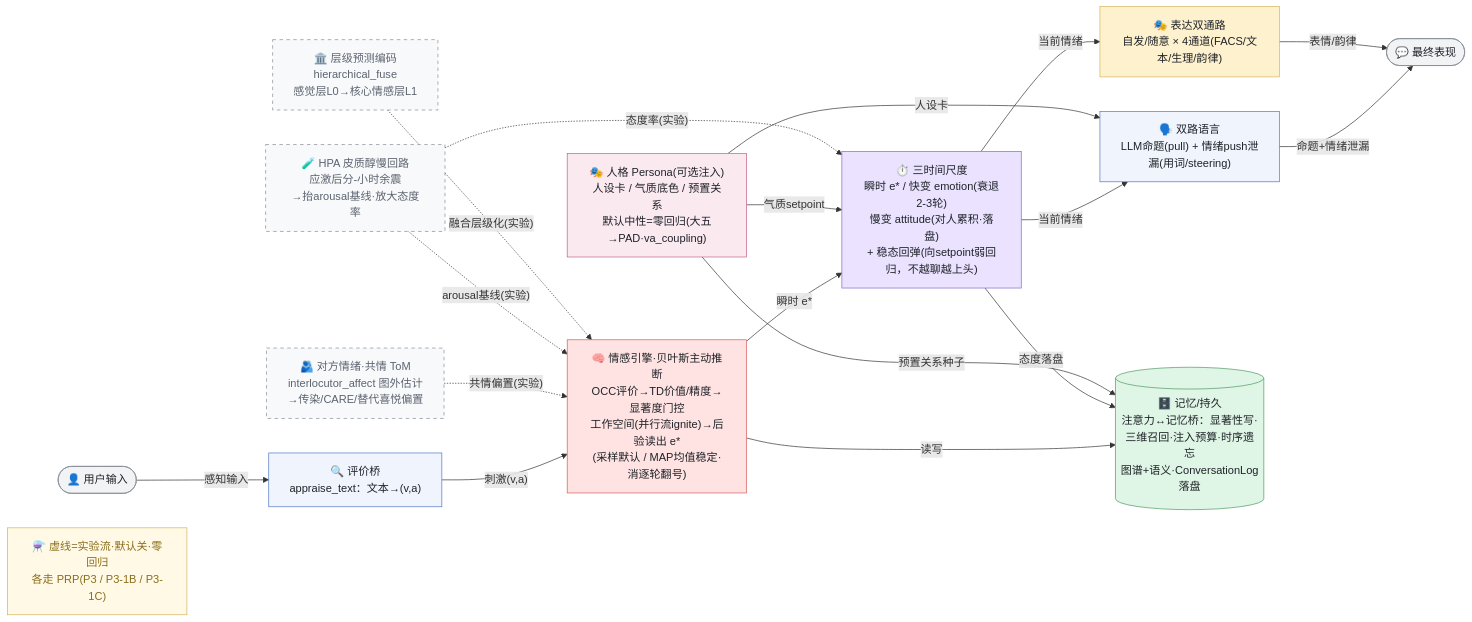
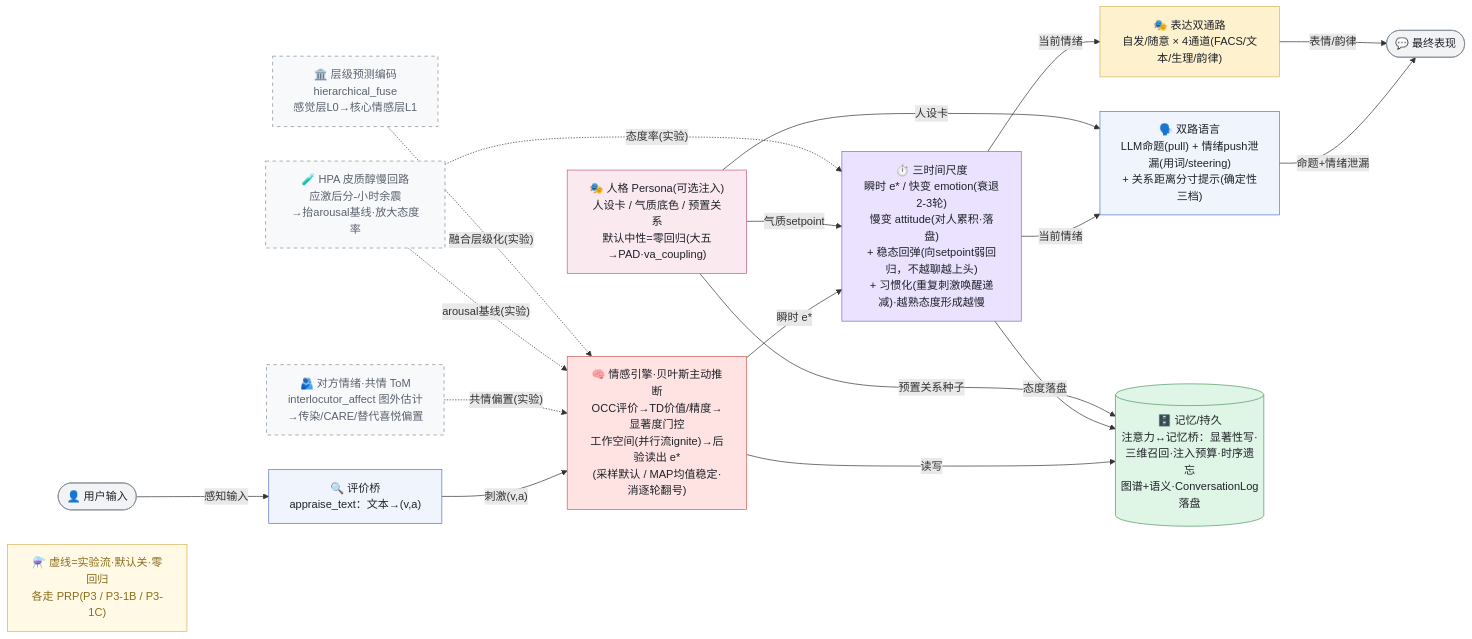
The diagram in docs/v2/framework-current.mmd (WizardHeHeJun/Zero), drawn with Mermaid before and after one commit. The commit also changed 18 other files, not shown here.

First line of the commit message:
docs(readme+figures): 对外文档全面同步——README 深核 + .env.example 回归注释态 + 架构图集 4→8 张

```diff
--- a/docs/v2/framework-current.mmd
+++ b/docs/v2/framework-current.mmd
@@ -1,44 +1,44 @@
 flowchart LR
   user(["👤 用户输入"]):::terminal
   appraise["🔍 评价桥<br/>appraise_text：文本→(v,a)"]:::appraise
   engine["🧠 情感引擎·贝叶斯主动推断<br/>OCC评价→TD价值/精度→显著度门控<br/>工作空间(并行流ignite)→后验读出 e*<br/>(采样默认 / MAP均值稳定·消逐轮翻号)"]:::engine
-  timescales["⏱️ 三时间尺度<br/>瞬时 e* / 快变 emotion(衰退2-3轮)<br/>慢变 attitude(对人累积·落盘)<br/>+ 稳态回弹(向setpoint弱回归，不越聊越上头)"]:::timescale
-  language["🗣️ 双路语言<br/>LLM命题(pull) + 情绪push泄漏(用词/steering)"]:::language
+  timescales["⏱️ 三时间尺度<br/>瞬时 e* / 快变 emotion(衰退2-3轮)<br/>慢变 attitude(对人累积·落盘)<br/>+ 稳态回弹(向setpoint弱回归，不越聊越上头)<br/>+ 习惯化(重复刺激唤醒递减)·越熟态度形成越慢"]:::timescale
+  language["🗣️ 双路语言<br/>LLM命题(pull) + 情绪push泄漏(用词/steering)<br/>+ 关系距离分寸提示(确定性三档)"]:::language
   expression["🎭 表达双通路<br/>自发/随意 × 4通道(FACS/文本/生理/韵律)"]:::expression
   persona["🎭 人格 Persona(可选注入)<br/>人设卡 / 气质底色 / 预置关系<br/>默认中性=零回归(大五→PAD·va_coupling)"]:::persona
   memory[("🗄️ 记忆/持久<br/>注意力↔记忆桥：显著性写·三维召回·注入预算·时序遗忘<br/>图谱+语义·ConversationLog落盘")]:::memory
   output(["💬 最终表现"]):::terminal
 
   tom["🫂 对方情绪·共情 ToM<br/>interlocutor_affect 图外估计<br/>→传染/CARE/替代喜悦偏置"]:::experimental
   hpa["🧪 HPA 皮质醇慢回路<br/>应激后分-小时余震<br/>→抬arousal基线·放大态度率"]:::experimental
   hpc["🏛️ 层级预测编码<br/>hierarchical_fuse<br/>感觉层L0→核心情感层L1"]:::experimental
   expnote["⚗️ 虚线=实验流·默认关·零回归<br/>各走 PRP(P3 / P3-1B / P3-1C)"]:::expnote
 
   user -->|"感知输入"| appraise
   appraise -->|"刺激(v,a)"| engine
   engine -->|"瞬时 e*"| timescales
   timescales -->|"当前情绪"| language
   timescales -->|"当前情绪"| expression
   language -->|"命题+情绪泄漏"| output
   expression -->|"表情/韵律"| output
   engine -->|"读写"| memory
   timescales -->|"态度落盘"| memory
   persona -->|"人设卡"| language
   persona -->|"气质setpoint"| timescales
   persona -->|"预置关系种子"| memory
 
   tom -.->|"共情偏置(实验)"| engine
   hpa -.->|"arousal基线(实验)"| engine
   hpa -.->|"态度率(实验)"| timescales
   hpc -.->|"融合层级化(实验)"| engine
 
   classDef terminal fill:#F1F3F5,stroke:#868E96,color:#1F2329
   classDef appraise fill:#F0F4FC,stroke:#5178C6,color:#1F2329
   classDef engine fill:#FEE3E2,stroke:#D25D5A,color:#1F2329
   classDef timescale fill:#EAE2FE,stroke:#8569CB,color:#1F2329
   classDef language fill:#F0F4FC,stroke:#5178C6,color:#1F2329
   classDef expression fill:#FEF1CE,stroke:#D4B45B,color:#1F2329
   classDef memory fill:#DFF5E5,stroke:#509863,color:#1F2329
   classDef persona fill:#FBE9F0,stroke:#C45D8B,color:#1F2329
   classDef experimental fill:#F8F9FA,stroke:#868E96,stroke-dasharray:5 5,color:#5C6370
   classDef expnote fill:#FFF9E6,stroke:#D4B45B,color:#8A6D1B
```
